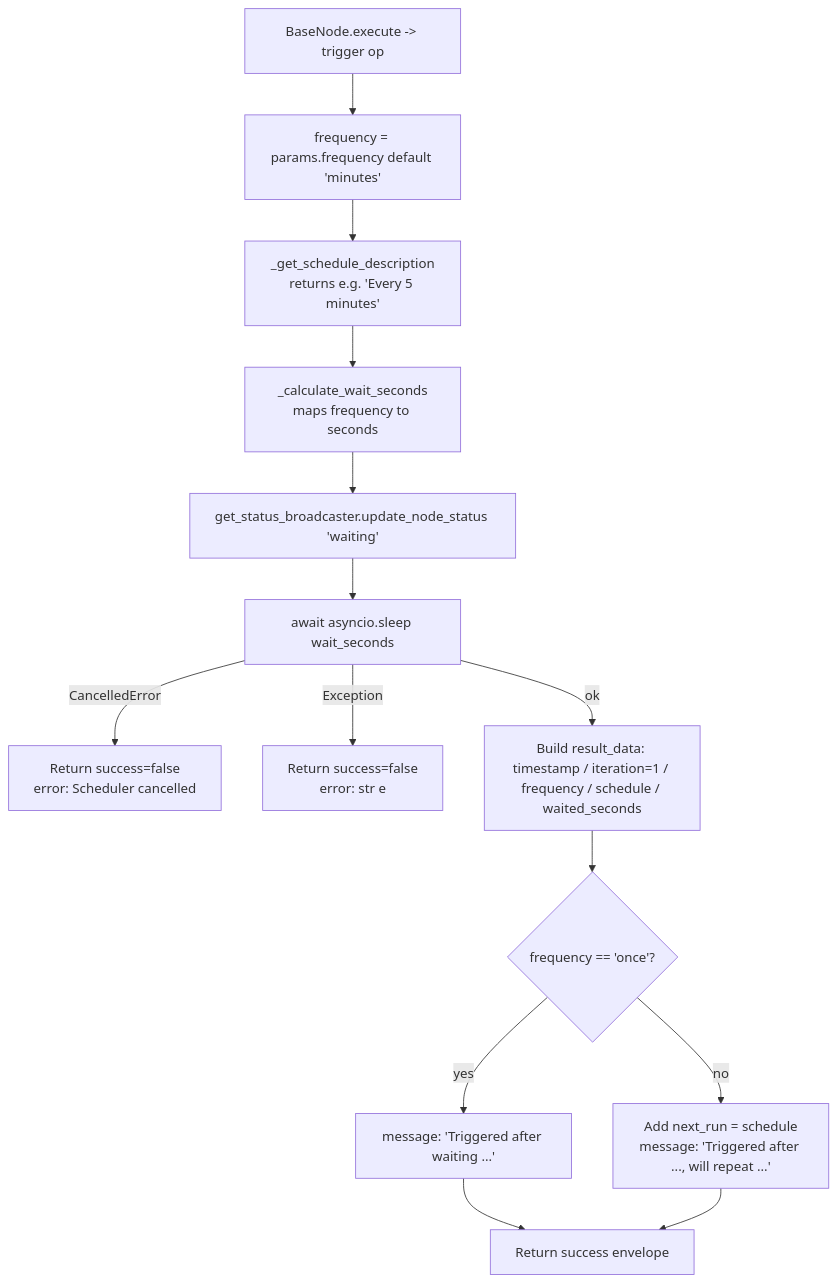
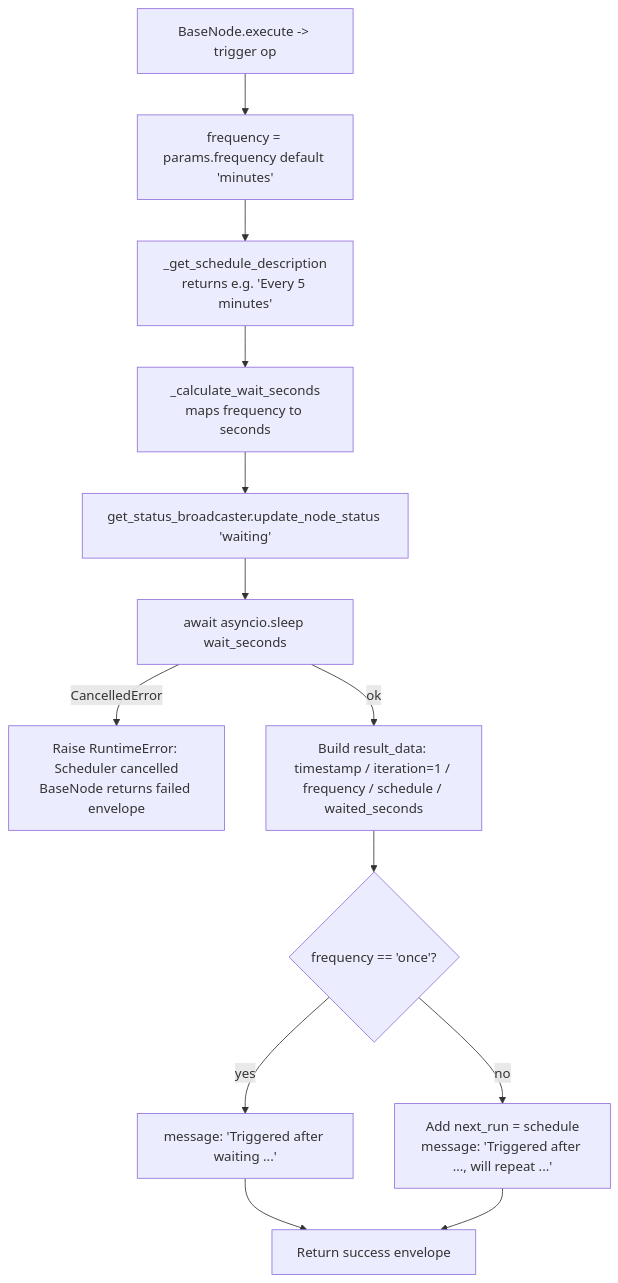
Before and after one commit to zeenie-ai/OpenCompany: the diagram in docs-internal/node-logic-flows/workflow_triggers/cronScheduler.md, drawn with Mermaid. The commit also changed other lines of this file and 95 other files, not shown here.

````diff
--- a/docs-internal/node-logic-flows/workflow_triggers/cronScheduler.md
+++ b/docs-internal/node-logic-flows/workflow_triggers/cronScheduler.md
@@ -78,16 +78,15 @@
 ```mermaid
 flowchart TD
   A[BaseNode.execute -> trigger op] --> B[frequency = params.frequency default 'minutes']
   B --> C[_get_schedule_description<br/>returns e.g. 'Every 5 minutes']
   C --> D[_calculate_wait_seconds<br/>maps frequency to seconds]
   D --> E[get_status_broadcaster.update_node_status 'waiting']
   E --> F[await asyncio.sleep wait_seconds]
-  F -- CancelledError --> G[Return success=false<br/>error: Scheduler cancelled]
-  F -- Exception --> H[Return success=false<br/>error: str e]
+  F -- CancelledError --> G[Raise RuntimeError: Scheduler cancelled<br/>BaseNode returns failed envelope]
   F -- ok --> I[Build result_data: timestamp / iteration=1 / frequency / schedule / waited_seconds]
   I --> J{frequency == 'once'?}
   J -- yes --> K[message: 'Triggered after waiting ...']
   J -- no --> L[Add next_run = schedule<br/>message: 'Triggered after ..., will repeat ...']
   K --> M[Return success envelope]
   L --> M
 ```
````
